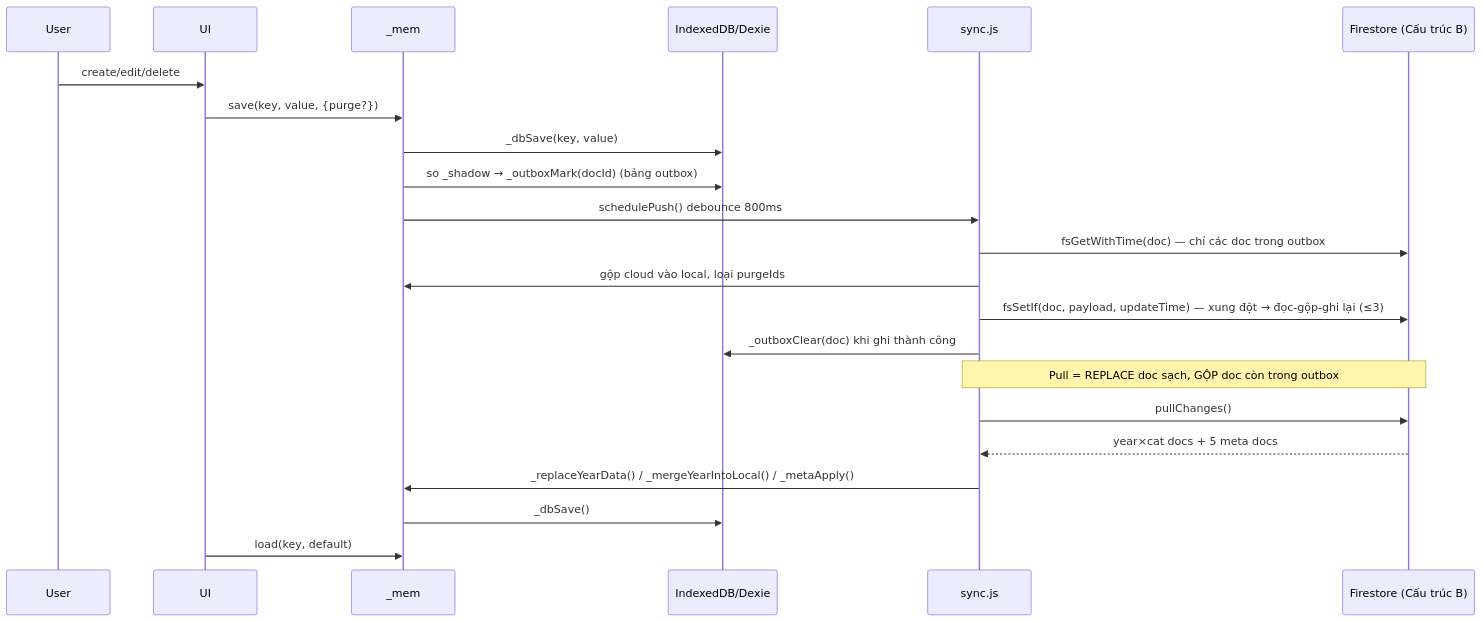
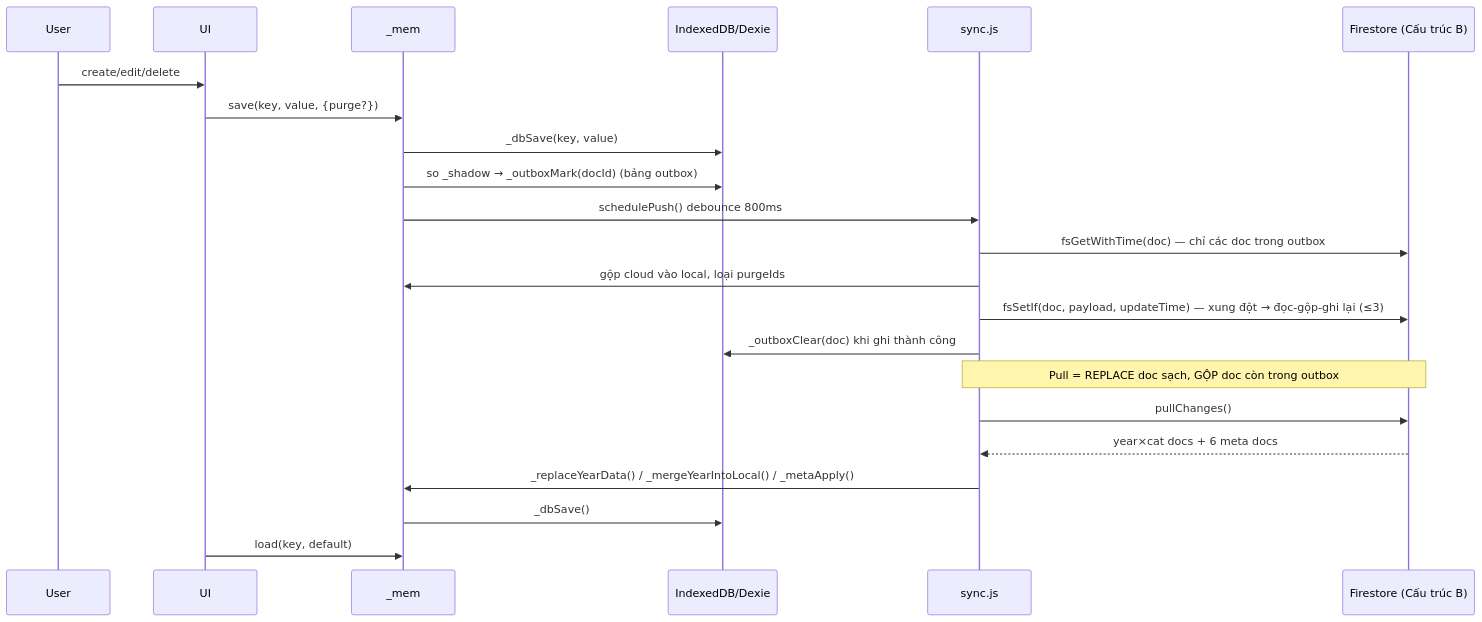
Before and after one commit to d3en1992/Quan-Ly-Chi-Phi-Main-V1: the second of 2 diagrams in AI_CONTEXT.md, drawn with Mermaid. The commit also changed other lines of this file and 20 other files, not shown here.

````diff
--- a/AI_CONTEXT.md
+++ b/AI_CONTEXT.md
@@ -268,25 +267,25 @@
 ```mermaid
 sequenceDiagram
   participant User
   participant UI
   participant Mem as _mem
   participant IDB as IndexedDB/Dexie
   participant Sync as sync.js
   participant Cloud as Firestore (Cấu trúc B)
 
   User->>UI: create/edit/delete
   UI->>Mem: save(key, value, {purge?})
   Mem->>IDB: _dbSave(key, value)
   Mem->>IDB: so _shadow → _outboxMark(docId) (bảng outbox)
   Mem->>Sync: schedulePush() debounce 800ms
   Sync->>Cloud: fsGetWithTime(doc) — chỉ các doc trong outbox
   Sync->>Mem: gộp cloud vào local, loại purgeIds
   Sync->>Cloud: fsSetIf(doc, payload, updateTime) — xung đột → đọc-gộp-ghi lại (≤3)
   Sync->>IDB: _outboxClear(doc) khi ghi thành công
   Note over Sync,Cloud: Pull = REPLACE doc sạch, GỘP doc còn trong outbox
   Sync->>Cloud: pullChanges()
-  Cloud-->>Sync: year×cat docs + 5 meta docs
+  Cloud-->>Sync: year×cat docs + 6 meta docs
   Sync->>Mem: _replaceYearData() / _mergeYearIntoLocal() / _metaApply()
   Mem->>IDB: _dbSave()
   UI->>Mem: load(key, default)
 ```
````
